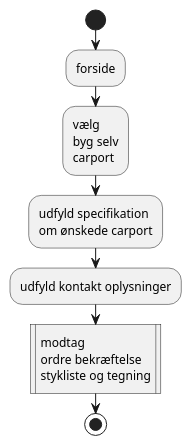
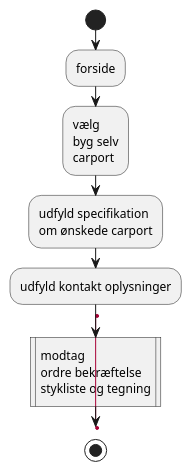
The diagram in src/main/resources/diagrams/Activitydiagram/TO BE FOG.puml (RodneyMuyanga/2.-semesterprojekt-FOG), drawn with PlantUML before and after one commit. The commit also changed 4 other files, not shown here.

Commit message:
Updateret aktivitets diagram.

```diff
--- a/src/main/resources/diagrams/Activitydiagram/TO BE FOG.puml
+++ b/src/main/resources/diagrams/Activitydiagram/TO BE FOG.puml
@@ -1,16 +1,21 @@
 @startuml
 |Kunde|
 start
+label sp_lab1
     :forside;
     :vælg
     byg selv
     carport;
     :udfyld specifikation
     om ønskede carport;
     :udfyld kontakt oplysninger;
+    label sp_lab2
     :modtag
     ordre bekræftelse
     stykliste og tegning|
+
+    label sp_lab1
+    goto sp_lab2
 stop
 
 @enduml
```
